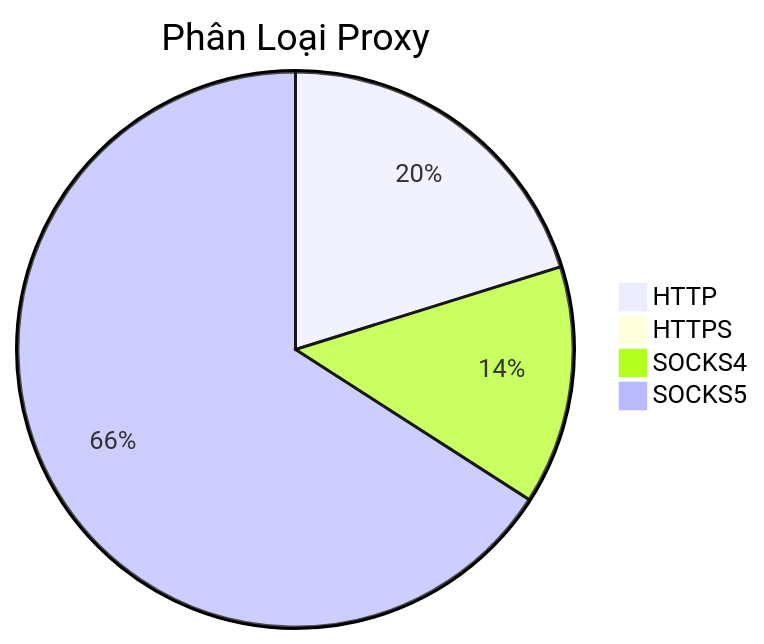
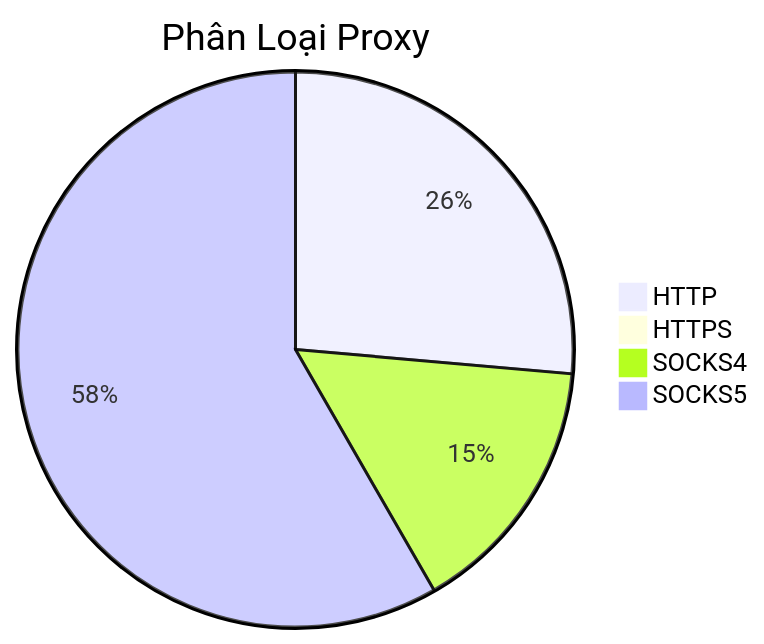
Before and after one commit to Ciara-12/PROXY-free: the diagram in README.md, drawn with Mermaid. The commit also changed other lines of this file and 4 other files, not shown here.

````diff
--- a/README.md
+++ b/README.md
@@ -26,7 +26,7 @@
 ```mermaid
 pie title Phân Loại Proxy
-    "HTTP" : 363
-    "HTTPS" : 0
-    "SOCKS4" : 250
-    "SOCKS5" : 1185
+    "HTTP" : 297
+    "HTTPS" : 1
+    "SOCKS4" : 172
+    "SOCKS5" : 656
 ```
````
